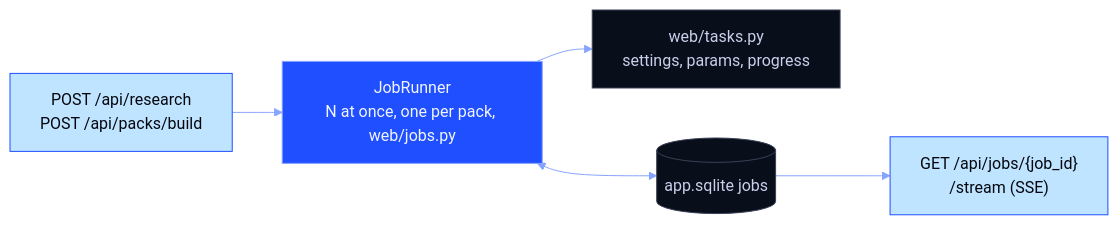
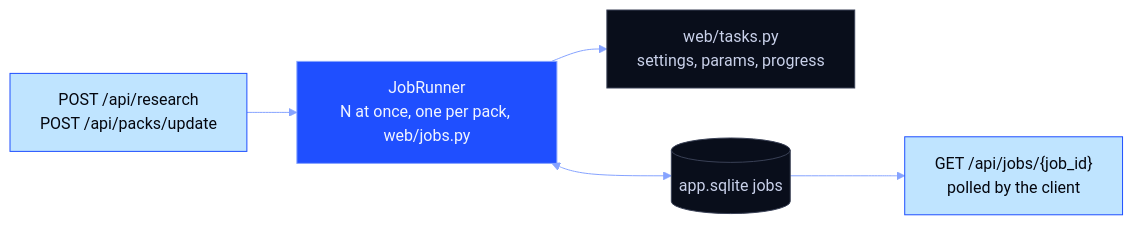
Before and after one commit to Berbadov/kriko: the second of 7 diagrams in docs/INTERNALS.md, drawn with Mermaid. The commit also changed other lines of this file and 50 other files, not shown here.

````diff
--- a/docs/INTERNALS.md
+++ b/docs/INTERNALS.md
@@ -54,11 +54,11 @@
 ```mermaid
 %%{init: {"theme":"base","themeVariables":{"fontFamily":"ui-monospace, SFMono-Regular, Consolas, monospace","primaryColor":"#090E1B","primaryTextColor":"#F2F5FF","primaryBorderColor":"#1F4FFF","lineColor":"#86A3FF","secondaryColor":"#1739C2","tertiaryColor":"#080B16","noteBkgColor":"#BFE4FF","noteTextColor":"#05070F","actorBkg":"#090E1B","actorTextColor":"#F2F5FF","actorBorder":"#1F4FFF","signalColor":"#86A3FF","signalTextColor":"#86A3FF"}}}%%
 flowchart LR
-    P["POST /api/research<br/>POST /api/packs/build"]:::ice --> R["JobRunner<br/>N at once, one per pack, web/jobs.py"]:::brand
+    P["POST /api/research<br/>POST /api/packs/update"]:::ice --> R["JobRunner<br/>N at once, one per pack, web/jobs.py"]:::brand
     R --> T["web/tasks.py<br/>settings, params, progress"]:::plain
     R <--> S[("app.sqlite jobs")]:::plain
-    S --> V["GET /api/jobs/{job_id}<br/>/stream (SSE)"]:::ice
+    S --> V["GET /api/jobs/{job_id}<br/>polled by the client"]:::ice
     classDef brand  fill:#1F4FFF,stroke:#86A3FF,color:#F2F5FF
     classDef plain  fill:#090E1B,stroke:#3A4156,color:#C9D1EA
     classDef ice    fill:#BFE4FF,stroke:#1F4FFF,color:#05070F
 ```
````
